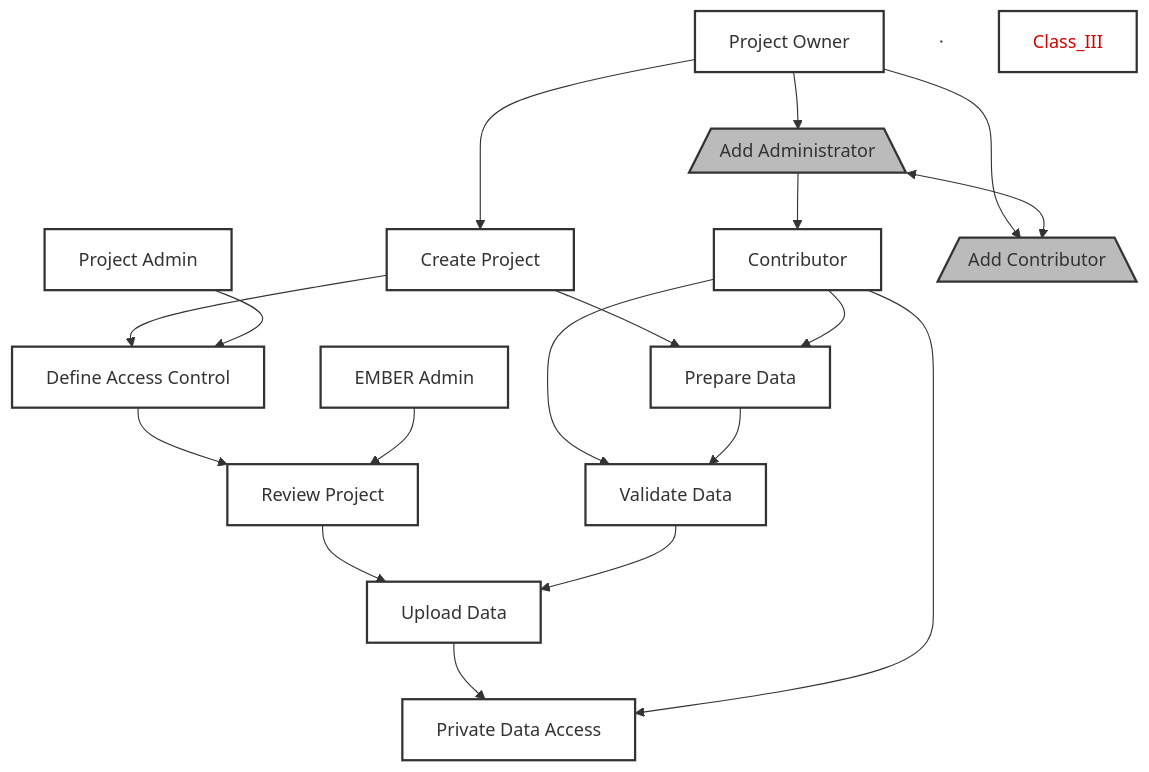
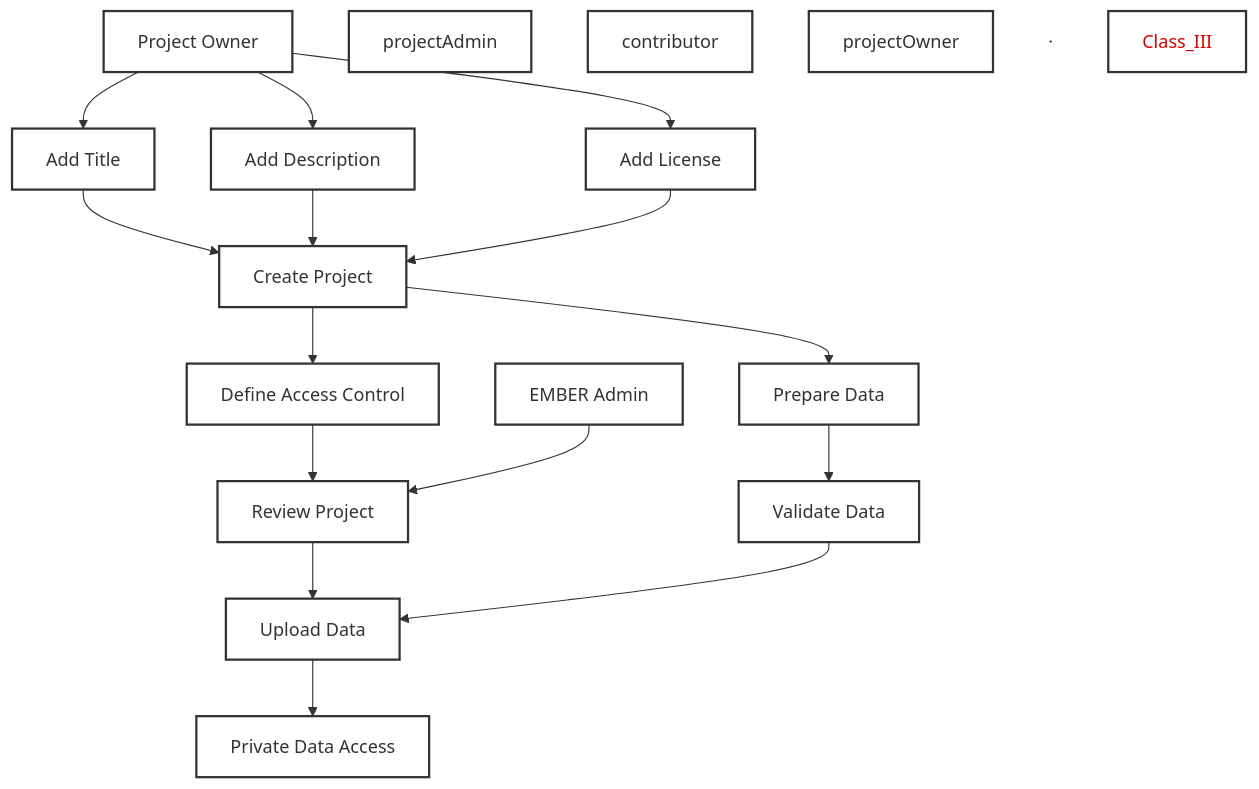
The diagram in EMBER_Classes/design/class_III.mmd (aplbrain/BBQS-EMBER-Data-Model), drawn with Mermaid before and after one commit. The commit also changed 1 other file, not shown here.

```diff
--- a/EMBER_Classes/design/class_III.mmd
+++ b/EMBER_Classes/design/class_III.mmd
@@ -1,32 +1,25 @@
 ---
 config:
   layout: fixed
 ---
 flowchart TB
     createProject["Create Project"] --> defineAccessControl["Define Access Control"] & prepareData["Prepare Data"]
-    projectAdmin["Project Admin"] --> defineAccessControl
+    projectowner["Project Owner"] --> addTitle["Add Title"] & addDescription["Add Description"] & addLicense["Add License"] 
+    addTitle["Add Title"] & addDescription["Add Description"] & addLicense["Add License"] -->createProject
     defineAccessControl --> reviewProject["Review Project"]
     reviewProject --> uploadData["Upload Data"]
     validateData["Validate Data"] --> uploadData
     uploadData --> privateDataAccess["Private Data Access"]
-    contributor["Contributor"] --> prepareData & validateData & privateDataAccess
     prepareData --> validateData
-    projectOwner["Project Owner"] --> createProject & addAdministrator["Add Administrator"] & addContributor["Add Contributor"]
-    addAdministrator <--> addContributor
-    addAdministrator --> contributor
     emberAdmin["EMBER Admin"] --> reviewProject
     projectAdmin@{ shape: rect}
     contributor@{ shape: rect}
     projectOwner@{ shape: rect}
-    addAdministrator@{ shape: trap-b}
-    addContributor@{ shape: trap-b}
     emberAdmin@{ shape: rect}
     n1@{ shape: anchor}
      prepareData:::role
      validateData:::role
      privateDataAccess:::role
-     addAdministrator:::optional
-     addContributor:::optional
     classDef default fill:#fff,stroke:#333,stroke-width:2px
     classDef optional fill:#bbb,stroke:#333,stroke-width:2px
     style Class_III color:#D50000
```
